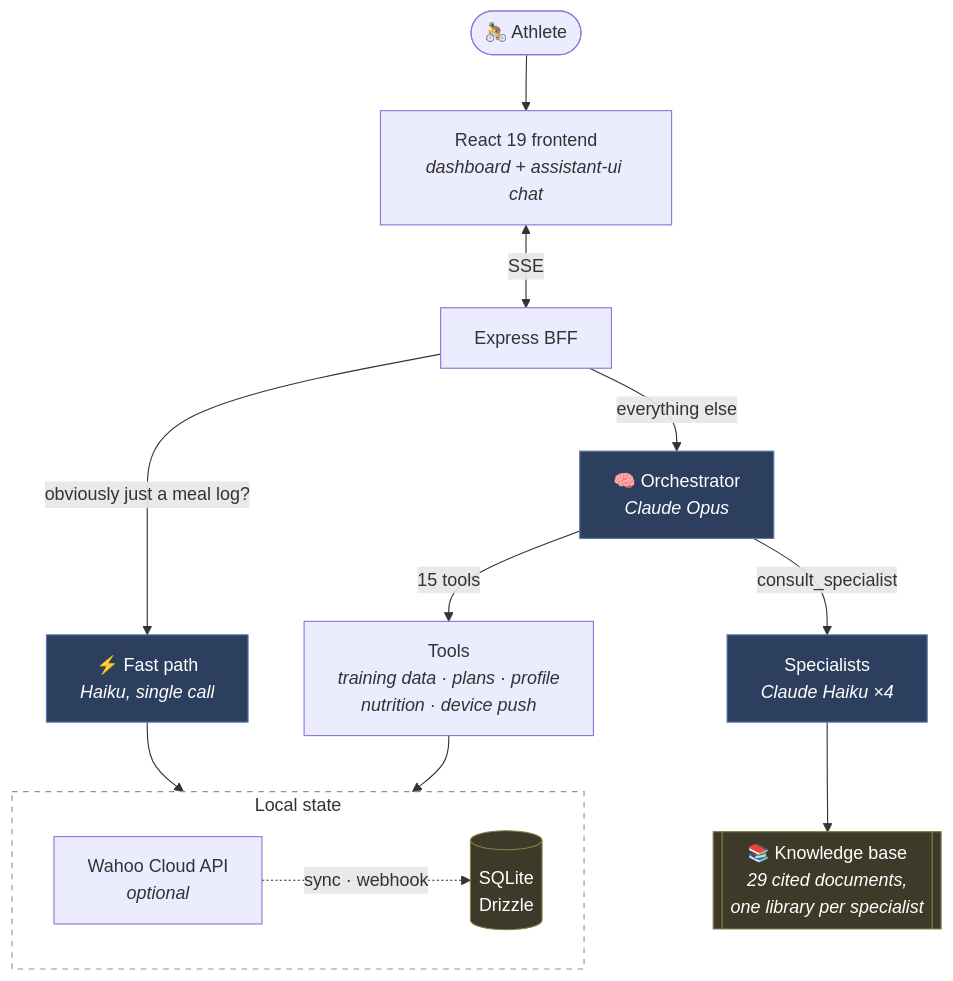
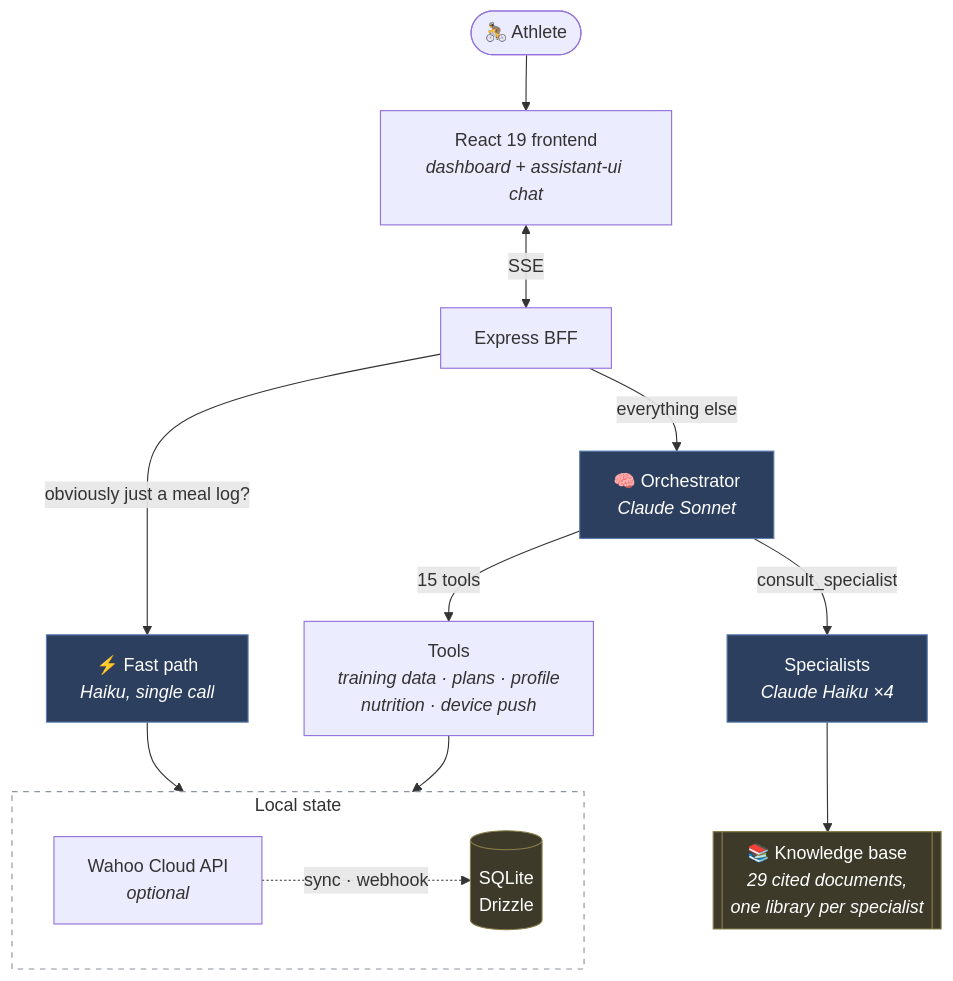
Before and after one commit to almadaocta/rumble: the first of 2 diagrams in README.md, drawn with Mermaid. The commit also changed other lines of this file and 1 other file, not shown here.

Commit message:
perf: downgrade orchestrator from Opus to Sonnet (~5x cost reduction)

````diff
--- a/README.md
+++ b/README.md
@@ -38,28 +38,28 @@
 ```mermaid
 flowchart TD
     User(["🚴 Athlete"]) --> FE["React 19 frontend<br/><i>dashboard + assistant-ui chat</i>"]
     FE <-->|SSE| BFF["Express BFF"]
 
     BFF -->|"obviously just a meal log?"| FastPath["⚡ Fast path<br/><i>Haiku, single call</i>"]
-    BFF -->|everything else| Orch["🧠 Orchestrator<br/><i>Claude Opus</i>"]
+    BFF -->|everything else| Orch["🧠 Orchestrator<br/><i>Claude Sonnet</i>"]
 
     Orch -->|15 tools| Tools["Tools<br/><i>training data · plans · profile<br/>nutrition · device push</i>"]
     Orch -->|consult_specialist| Spec["Specialists<br/><i>Claude Haiku ×4</i>"]
     Spec --> KB[["📚 Knowledge base<br/><i>29 cited documents,<br/>one library per specialist</i>"]]
 
     subgraph local ["Local state"]
         direction LR
         DB[("SQLite<br/>Drizzle")]
         Wahoo["Wahoo Cloud API<br/><i>optional</i>"]
     end
 
     FastPath --> DB
     Tools --> DB
     Wahoo -.->|sync · webhook| DB
 
     classDef model fill:#2d3f5e,stroke:#5b7db1,color:#fff
     classDef store fill:#3d3a2a,stroke:#8a7f4a,color:#fff
     class Orch,Spec,FastPath model
     class DB,KB store
     style local fill:none,stroke:#8b949e,stroke-dasharray:5 5
 ```
````
